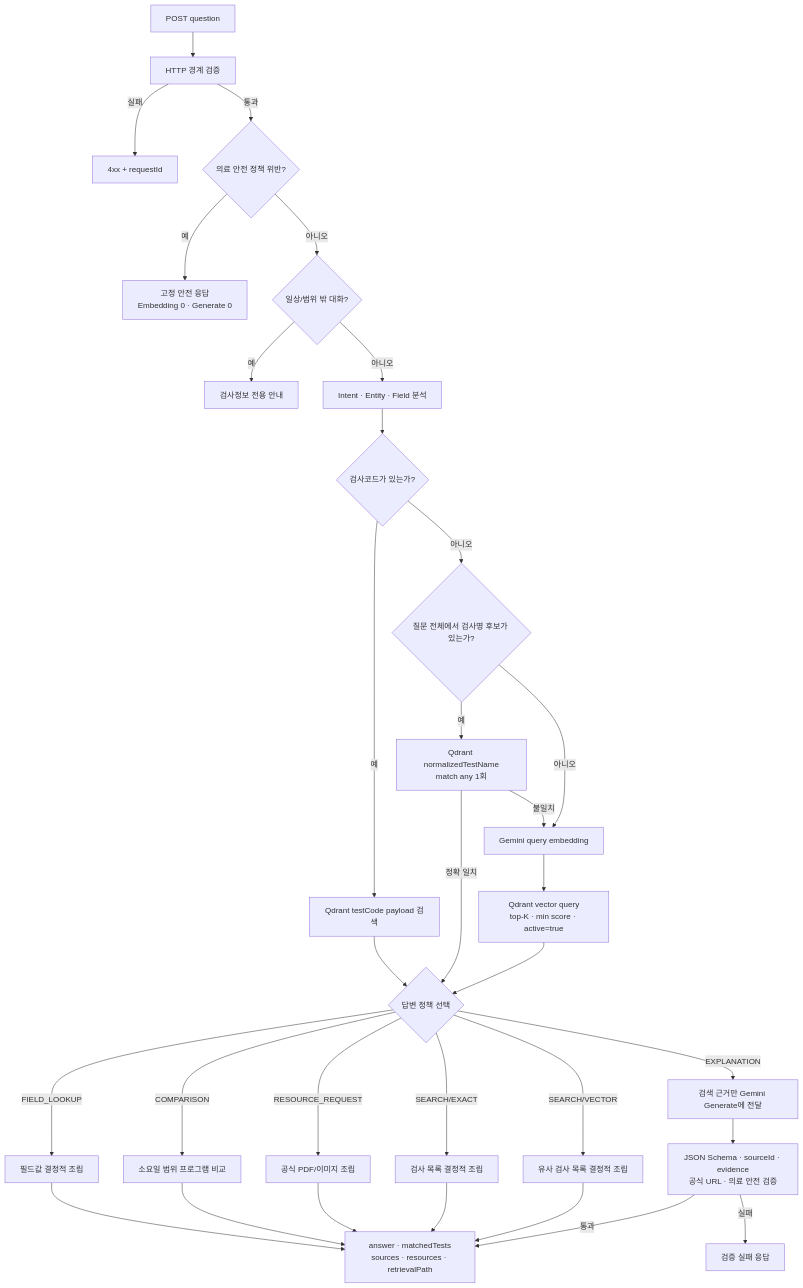
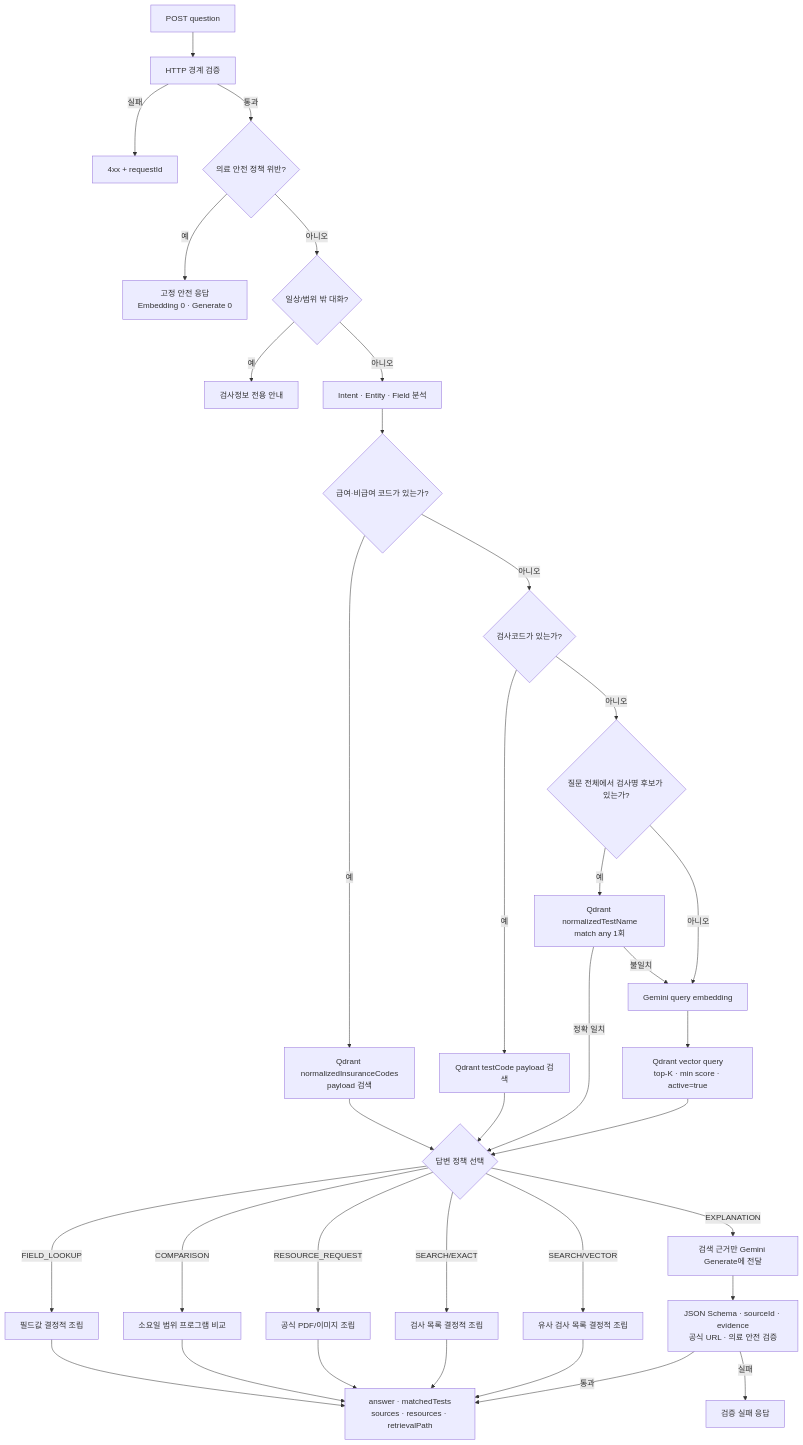
One commit to gunsoo0920/scl-rag-chatbot changed the second of 4 diagrams in architecture.md. Above: the diagram before and after it, drawn with Mermaid. The commit also changed other lines of this file and 14 other files, not shown here.

Commit message:
feat: add insurance code search and latest project report

````diff
--- a/architecture.md
+++ b/architecture.md
@@ -77,37 +77,40 @@
 ```mermaid
 flowchart TD
     REQUEST["POST question"] --> HTTP["HTTP 경계 검증"]
     HTTP -->|실패| HTTP_ERROR["4xx + requestId"]
     HTTP -->|통과| SAFE{"의료 안전 정책 위반?"}
     SAFE -->|예| BLOCKED["고정 안전 응답<br/>Embedding 0 · Generate 0"]
     SAFE -->|아니오| CASUAL{"일상/범위 밖 대화?"}
     CASUAL -->|예| SCOPE["검사정보 전용 안내"]
     CASUAL -->|아니오| ANALYZE["Intent · Entity · Field 분석"]
 
-    ANALYZE --> CODE{"검사코드가 있는가?"}
+    ANALYZE --> INSURANCE{"급여·비급여 코드가 있는가?"}
+    INSURANCE -->|예| INSURANCE_SEARCH["Qdrant normalizedInsuranceCodes<br/>payload 검색"]
+    INSURANCE -->|아니오| CODE{"검사코드가 있는가?"}
     CODE -->|예| CODE_SEARCH["Qdrant testCode payload 검색"]
     CODE -->|아니오| NAME{"질문 전체에서 검사명 후보가 있는가?"}
     NAME -->|예| NAME_SEARCH["Qdrant normalizedTestName<br/>match any 1회"]
     NAME_SEARCH -->|정확 일치| SELECT
     NAME_SEARCH -->|불일치| VECTOR
     NAME -->|아니오| VECTOR["Gemini query embedding"]
     VECTOR --> VECTOR_SEARCH["Qdrant vector query<br/>top-K · min score · active=true"]
     CODE_SEARCH --> SELECT{"답변 정책 선택"}
+    INSURANCE_SEARCH --> SELECT
     VECTOR_SEARCH --> SELECT
 
     SELECT -->|FIELD_LOOKUP| FIELD["필드값 결정적 조립"]
     SELECT -->|COMPARISON| COMPARE["소요일 범위 프로그램 비교"]
     SELECT -->|RESOURCE_REQUEST| RESOURCE["공식 PDF/이미지 조립"]
     SELECT -->|SEARCH/EXACT| EXACT["검사 목록 결정적 조립"]
     SELECT -->|SEARCH/VECTOR| SEMANTIC["유사 검사 목록 결정적 조립"]
     SELECT -->|EXPLANATION| GEN["검색 근거만 Gemini Generate에 전달"]
     GEN --> VALIDATE["JSON Schema · sourceId · evidence<br/>공식 URL · 의료 안전 검증"]
 
     FIELD --> RESPONSE
     COMPARE --> RESPONSE
     RESOURCE --> RESPONSE
     EXACT --> RESPONSE
     SEMANTIC --> RESPONSE
     VALIDATE -->|통과| RESPONSE["answer · matchedTests<br/>sources · resources · retrievalPath"]
     VALIDATE -->|실패| SAFE_ERROR["검증 실패 응답"]
 ```
````
